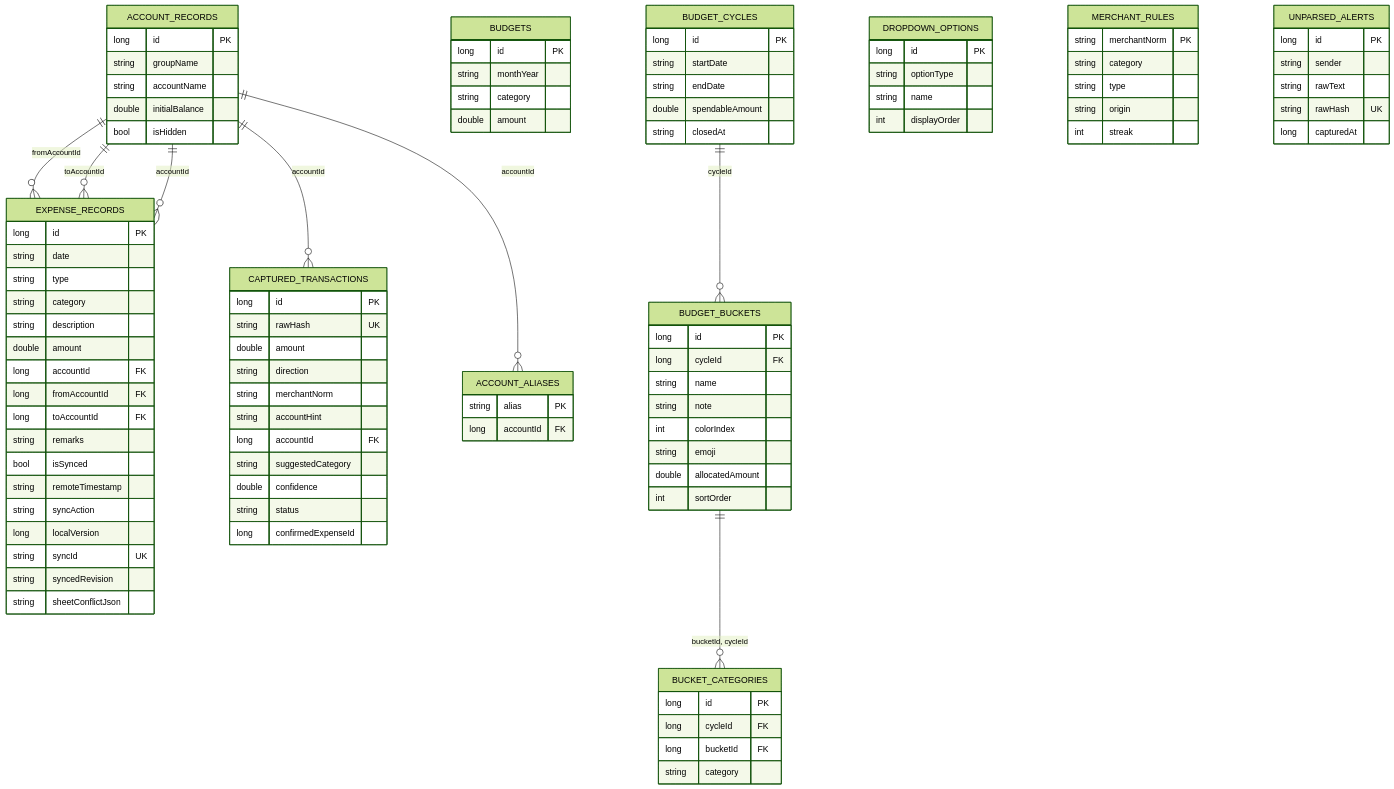
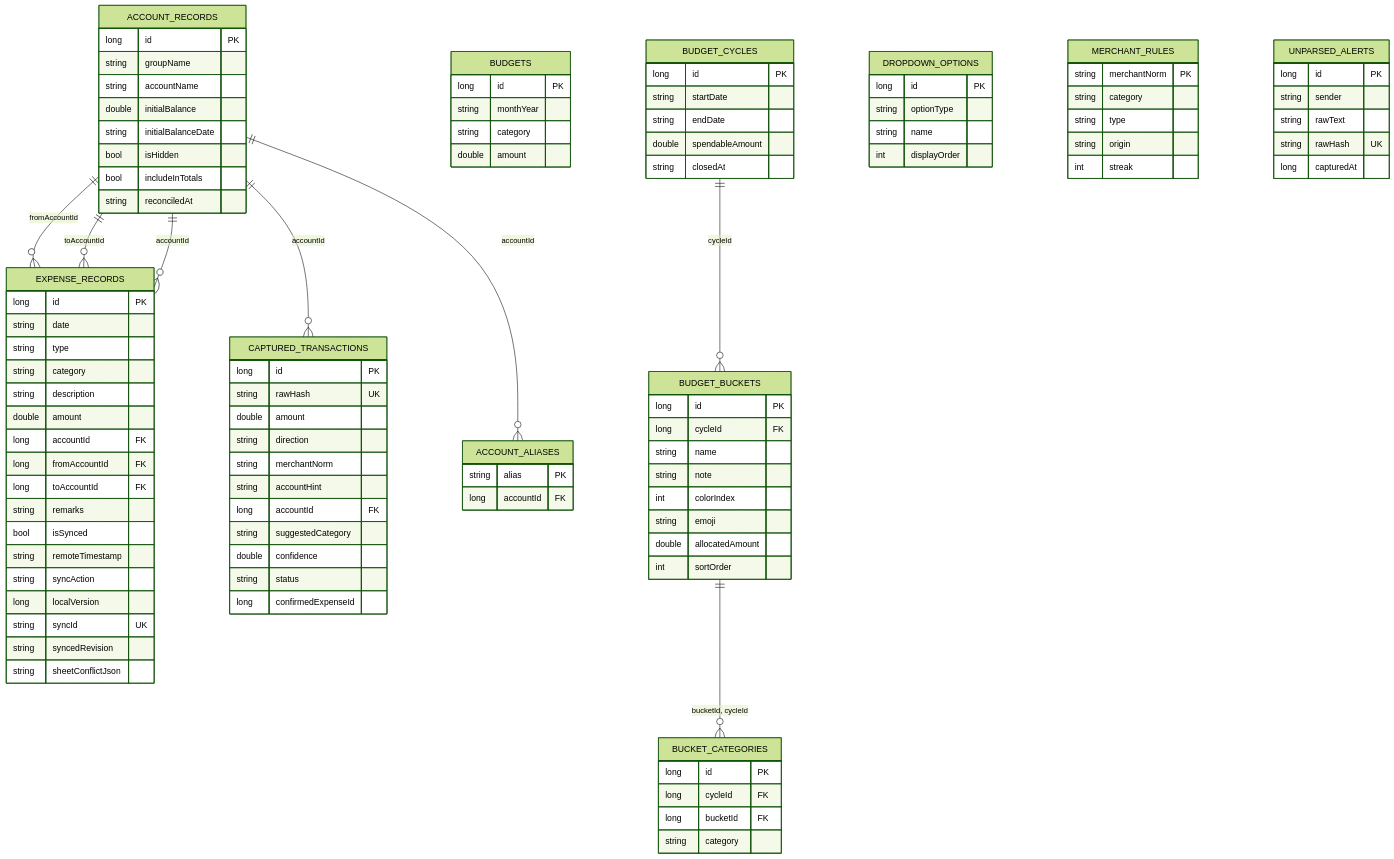
One commit to issaczerubbabela/L-Edgar changed the fourth of 5 diagrams in docs/ARCHITECTURE.md. Above: the diagram before and after it, drawn with Mermaid (forest theme). The commit also changed other lines of this file and 34 other files, not shown here.

```diff
--- a/docs/ARCHITECTURE.md
+++ b/docs/ARCHITECTURE.md
@@ -175,7 +175,10 @@
         string groupName
         string accountName
         double initialBalance
+        string initialBalanceDate
         bool isHidden
+        bool includeInTotals
+        string reconciledAt
     }
 
     EXPENSE_RECORDS {
```
